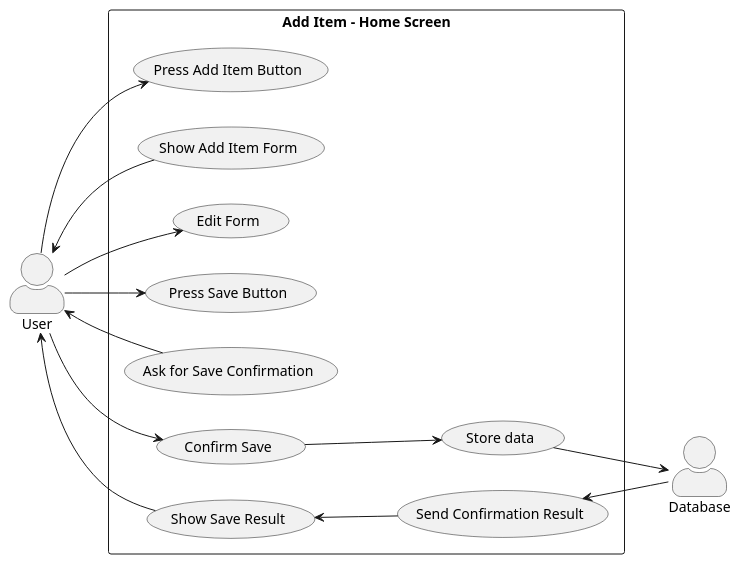
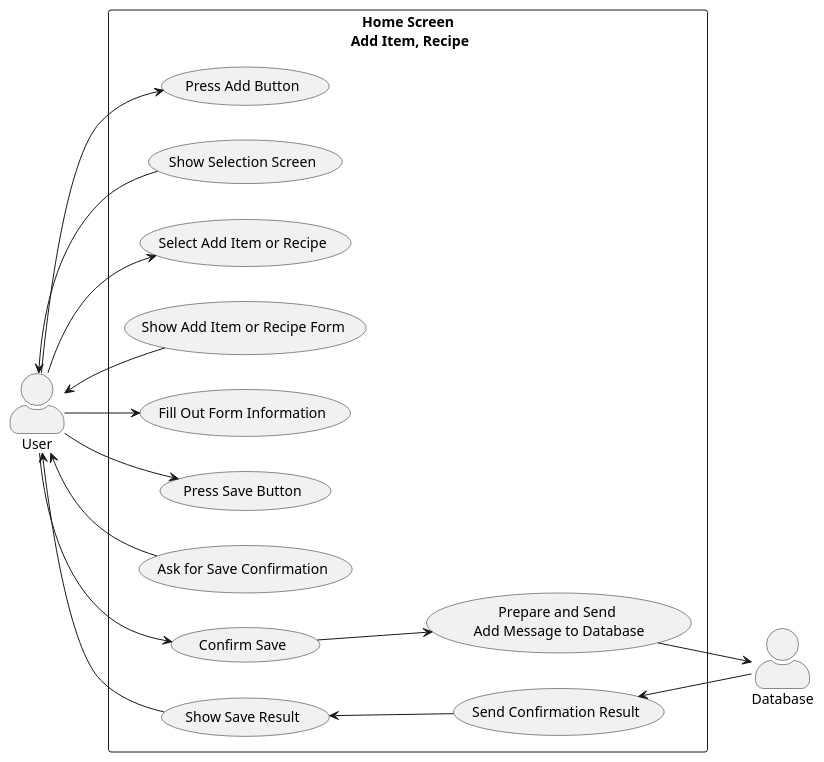
One commit to DennisVargas/PantryPlanner changed the diagram in docs/diagram/useCase/01-add-item.puml. Above: the diagram before and after it, drawn with PlantUML. The commit also changed 27 other files, not shown here.

```diff
--- a/docs/diagram/useCase/01-add-item.puml
+++ b/docs/diagram/useCase/01-add-item.puml
@@ -1,35 +1,39 @@
-@startuml AddItemUseCase
+@startuml AddItemRecipeUseCase
 ' Pantry Planner Add Item use case.'
 
 left to right direction
 skinparam actorStyle awesome
 skinparam packageStyle rectangle
 
 actor User
 actor Database
 
-rectangle "Add Item - Home Screen"{
-    usecase "Press Add Item Button" as addButton
-    usecase "Show Add Item Form" as showForm
-    usecase "Edit Form" as addInfo
-    usecase "Press Save Button" as saveButton
-    usecase "Ask for Save Confirmation" as saveConf
-    usecase "Confirm Save" as confSave
-    usecase "Store data" as saveData
-    usecase "Send Confirmation Result" as sendResult
-    usecase "Show Save Result" as showResult
+rectangle "Home Screen\n Add Item, Recipe"{
+    (Press Add Button) as addButton
+    (Show Selection Screen) as selMenu
+    (Select Add Item or Recipe) as selOption
+    (Show Add Item or Recipe Form) as showForm
+    (Fill Out Form Information) as addInfo
+    (Press Save Button) as saveButton
+    (Ask for Save Confirmation) as saveConf
+    (Confirm Save) as confSave
+    (Prepare and Send \nAdd Message to Database) as saveData
+    (Send Confirmation Result) as sendResult
+    (Show Save Result) as showResult
 }
 
 User --> addButton
+User <-- selMenu
+User --> selOption
 User <-- showForm
 User --> addInfo
 User --> saveButton
 User <-- saveConf
 User --> confSave
 confSave --> saveData
 saveData --> Database
 sendResult <-- Database
 showResult <-- sendResult
 User <-- showResult
 
 @enduml
```
